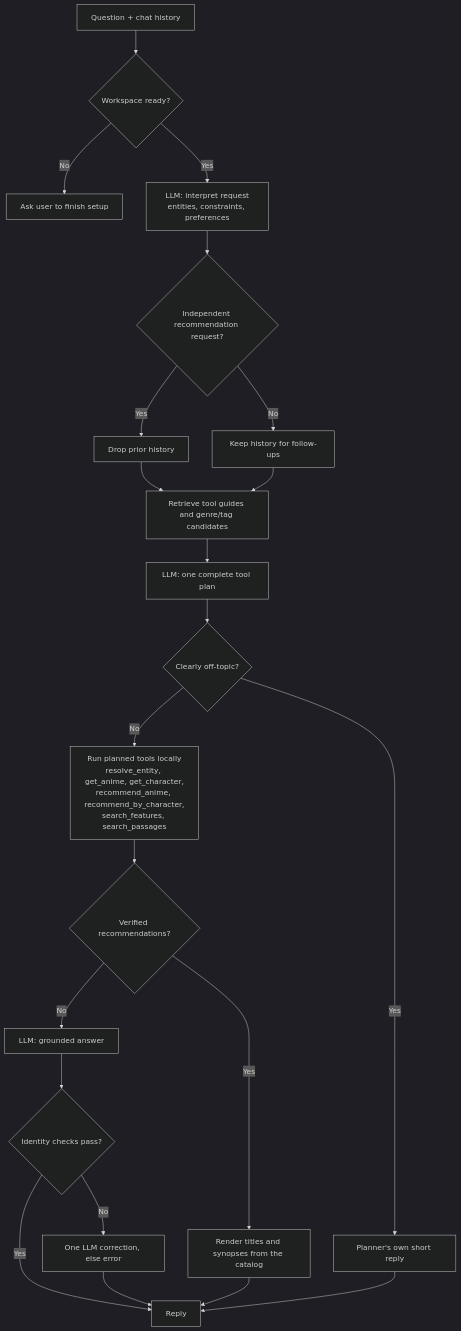
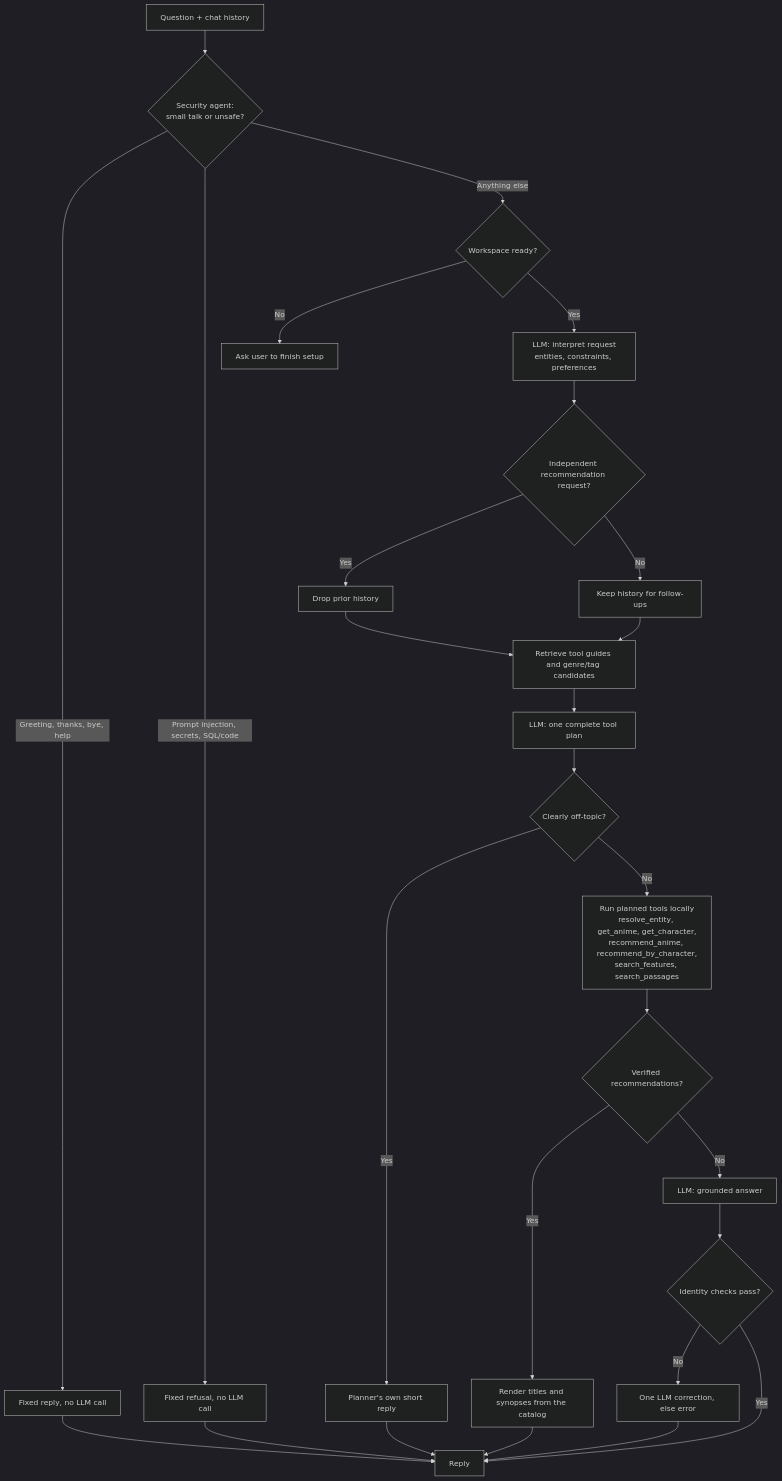
One commit to gedarafi/rag-in-production changed the diagram in docs/recommender/README.md. Above: the diagram before and after it, drawn with Mermaid (dark theme). The commit also changed other lines of this file and 4 other files, not shown here.

First line of the commit message:
Add a security agent that answers small talk and blocks unsafe requests before the pipeline

````diff
--- a/docs/recommender/README.md
+++ b/docs/recommender/README.md
@@ -75,24 +75,29 @@
 ```mermaid
 flowchart TD
-    A["Question + chat history"] --> B{"Workspace ready?"}
+    A["Question + chat history"] --> GATE{"Security agent:<br/>small talk or unsafe?"}
+    GATE -->|"Greeting, thanks, bye, help"| CANNED["Fixed reply, no LLM call"]
+    GATE -->|"Prompt injection, secrets, SQL/code"| REFUSE["Fixed refusal, no LLM call"]
+    GATE -->|"Anything else"| B{"Workspace ready?"}
+    CANNED --> Z
+    REFUSE --> Z
     B -->|No| SETUP["Ask user to finish setup"]
     B -->|Yes| INT["LLM: interpret request<br/>entities, constraints, preferences"]
     INT --> D{"Independent recommendation request?"}
     D -->|Yes| E["Drop prior history"]
     D -->|No| F["Keep history for follow-ups"]
     E --> H["Retrieve tool guides and genre/tag candidates"]
     F --> H
     H --> I["LLM: one complete tool plan"]
     I --> SCOPE{"Clearly off-topic?"}
     SCOPE -->|Yes| DIRECT["Planner's own short reply"]
     SCOPE -->|No| TOOLS["Run planned tools locally<br/>resolve_entity, get_anime, get_character,<br/>recommend_anime, recommend_by_character,<br/>search_features, search_passages"]
     TOOLS --> VERIFIED{"Verified recommendations?"}
     VERIFIED -->|Yes| RENDER["Render titles and synopses from the catalog"]
     VERIFIED -->|No| U["LLM: grounded answer"]
     U --> V{"Identity checks pass?"}
     V -->|No| X["One LLM correction, else error"]
     V -->|Yes| Z["Reply"]
     X --> Z
     RENDER --> Z
     DIRECT --> Z
 ```
````
